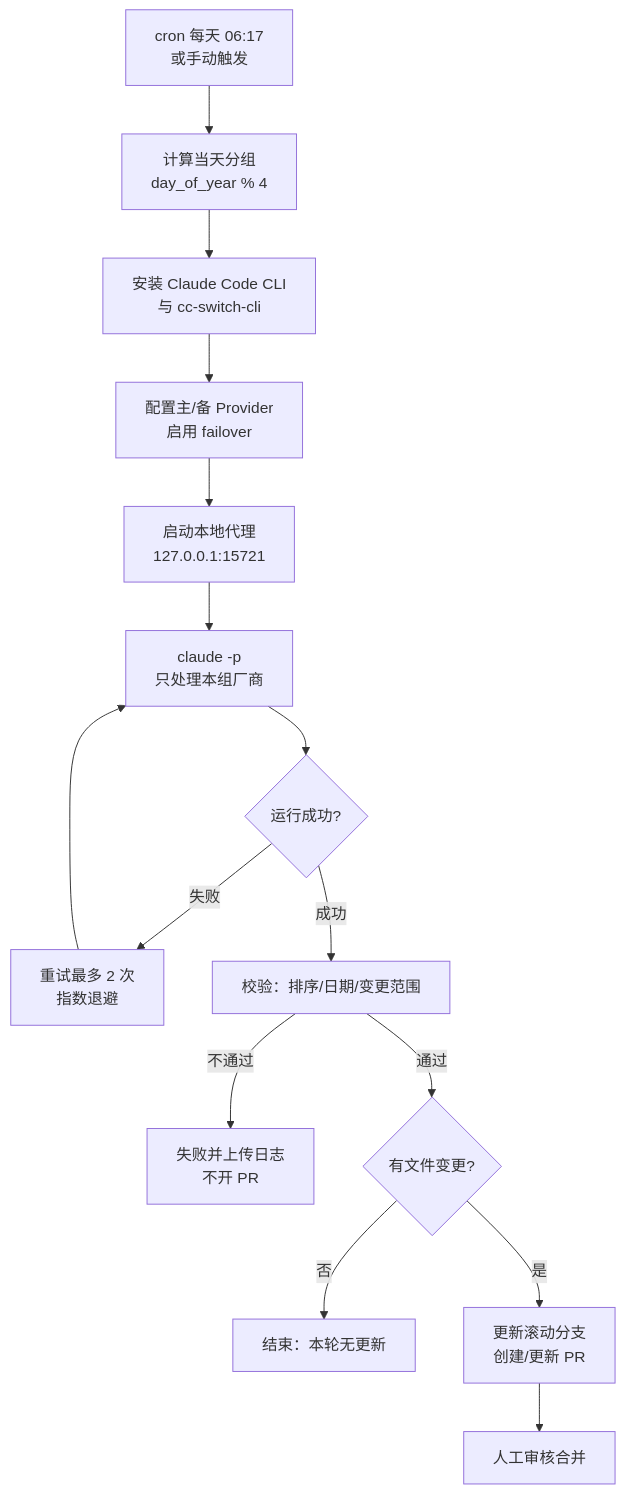
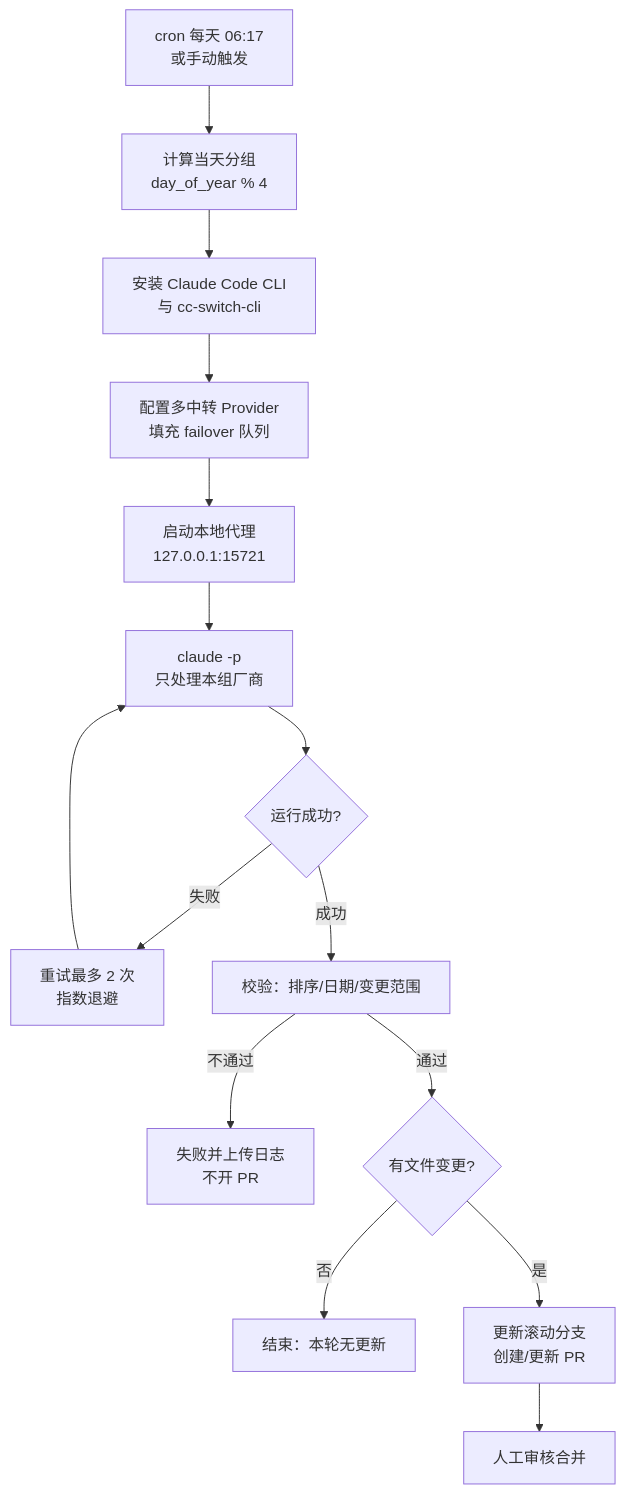
Before and after one commit to yansheng836/ai-model-news: the diagram in docs/github-action-auto-update.md, drawn with Mermaid. The commit also changed other lines of this file and 5 other files, not shown here.

````diff
--- a/docs/github-action-auto-update.md
+++ b/docs/github-action-auto-update.md
@@ -68,17 +68,17 @@
 ```mermaid
 flowchart TD
     A[cron 每天 06:17<br/>或手动触发] --> B[计算当天分组<br/>day_of_year % 4]
     B --> C[安装 Claude Code CLI<br/>与 cc-switch-cli]
-    C --> D[配置主/备 Provider<br/>启用 failover]
+    C --> D[配置多中转 Provider<br/>填充 failover 队列]
     D --> E[启动本地代理<br/>127.0.0.1:15721]
     E --> F[claude -p<br/>只处理本组厂商]
     F --> G{运行成功?}
     G -->|失败| H[重试最多 2 次<br/>指数退避]
     H --> F
     G -->|成功| I[校验：排序/日期/变更范围]
     I -->|不通过| J[失败并上传日志<br/>不开 PR]
     I -->|通过| K{有文件变更?}
     K -->|否| L[结束：本轮无更新]
     K -->|是| M[更新滚动分支<br/>创建/更新 PR]
     M --> N[人工审核合并]
 ```
````
